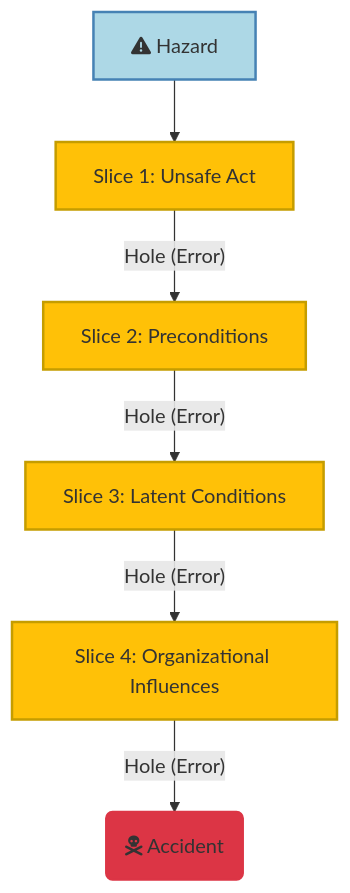
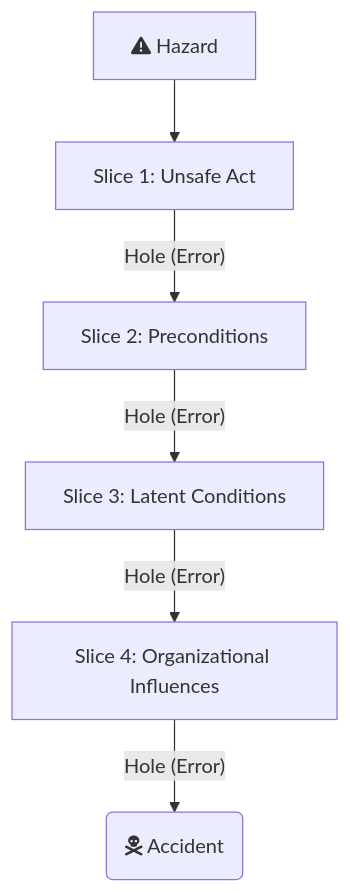
Before and after one commit to sujith-eag/sujith-library: the third of 3 diagrams in docs/mca/se/u12/u11.md, drawn with Mermaid. The commit also changed other lines of this file and 41 other files, not shown here.

First line of the commit message:
Refactor diagrams and remove redundant styles in documentation

````diff
--- a/docs/mca/se/u12/u11.md
+++ b/docs/mca/se/u12/u11.md
@@ -164,12 +159,9 @@
 ```mermaid
 graph TD
-    classDef slice fill:#ffc107,stroke:#c59d00,stroke-width:2px;
-    classDef hazard fill:#add8e6,stroke:#4682b4,stroke-width:2px;
-    classDef accident fill:#dc3545,stroke:#dc3545,stroke-width:2px;
 
     Hazard[fa:fa-exclamation-triangle Hazard]:::hazard --> A[Slice 1: Unsafe Act]:::slice;
     A -- "Hole (Error)" --> B[Slice 2: Preconditions]:::slice;
     B -- "Hole (Error)" --> C[Slice 3: Latent Conditions]:::slice;
     C -- "Hole (Error)" --> D[Slice 4: Organizational Influences]:::slice;
     D -- "Hole (Error)" --> Accident(fa:fa-skull-crossbones Accident):::accident;
 ```
````
